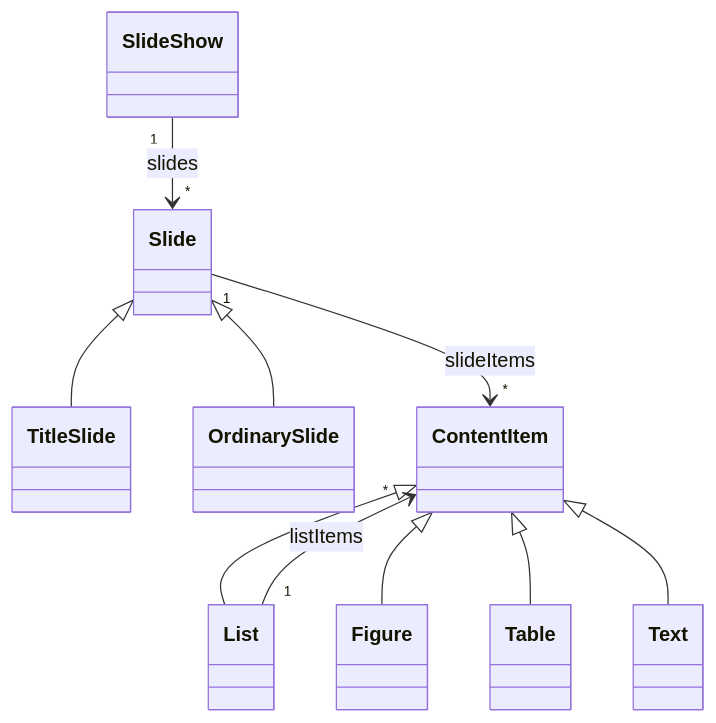
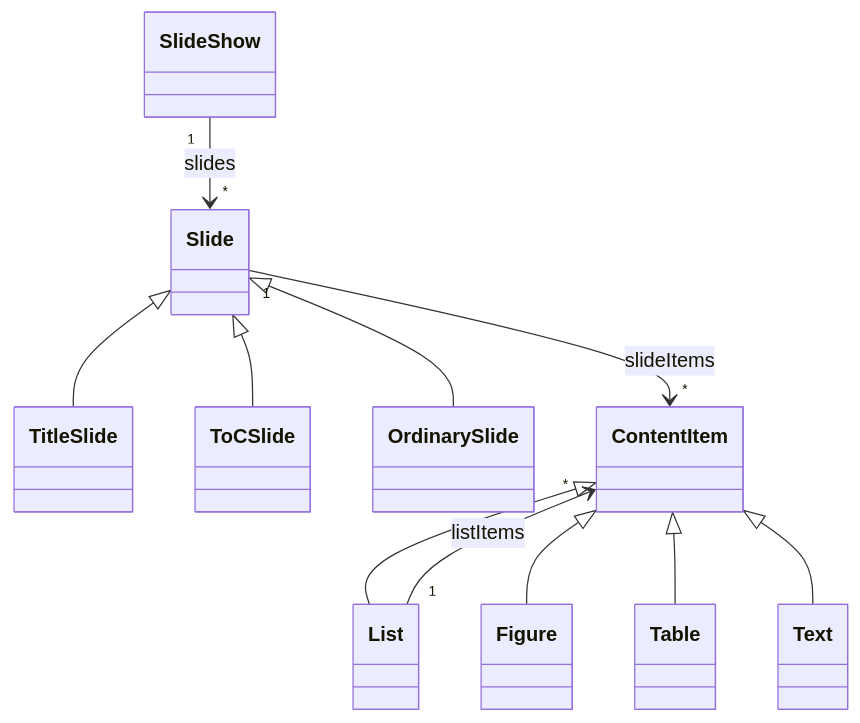
One commit to Borrelhapje/design-for-change changed the diagram in UL.md. Above: the diagram before and after it, drawn with Mermaid. The commit also changed other lines of this file and 1 other file, not shown here.

Commit message:
Added ToC slide to UL, removed show method from Content, added getComposite, added some properties.

````diff
--- a/UL.md
+++ b/UL.md
@@ -32,14 +33,15 @@
 ```mermaid
 classDiagram
   Slide <|-- TitleSlide
+  Slide <|-- ToCSlide
   Slide <|-- OrdinarySlide
 
   ContentItem <|-- List
   ContentItem <|-- Figure
   ContentItem <|-- Table 
   ContentItem <|-- Text
 
   Slide "1" --> "*" ContentItem : slideItems
   SlideShow "1" --> "*" Slide : slides
   List "1" --> "*" ContentItem : listItems
 ```
````
